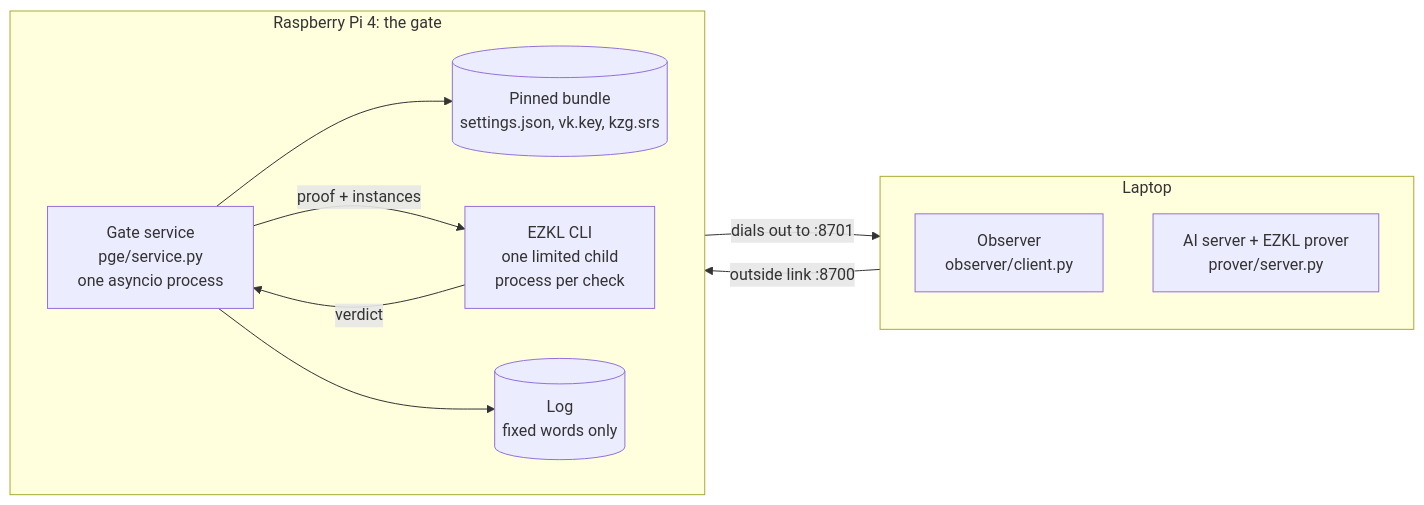
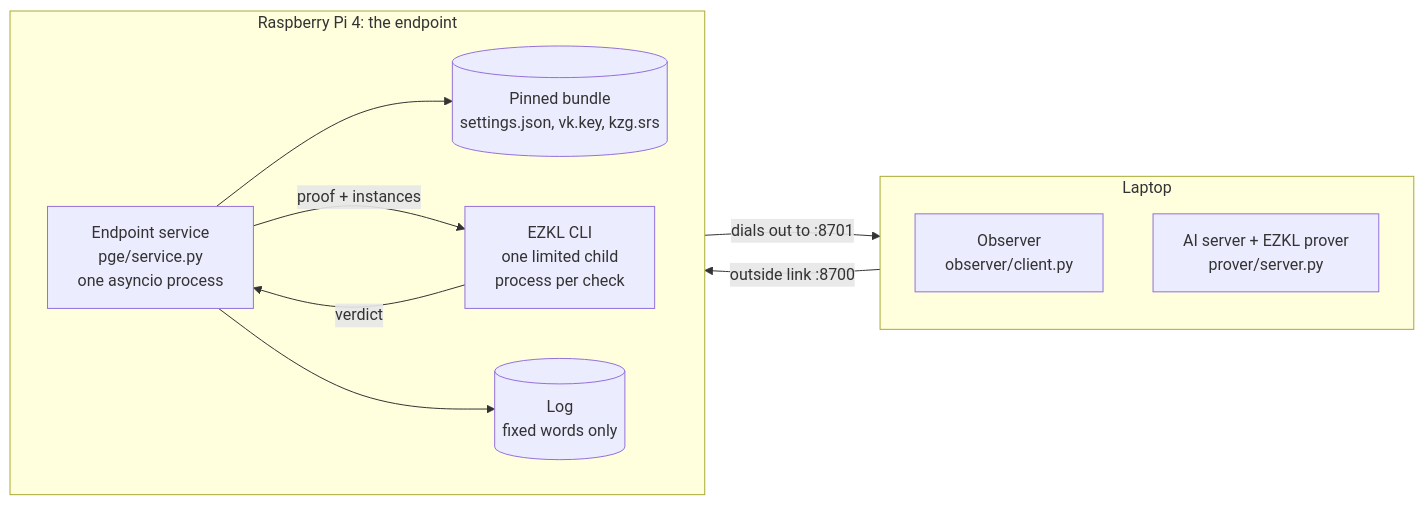
One commit to 0x471/fasr-proof-gated-egress changed the diagram in book/diagrams/architecture.mmd. Above: the diagram before and after it, drawn with Mermaid. The commit also changed 82 other files, not shown here.

Commit message:
refactor: rename the gate to the endpoint throughout

```diff
--- a/book/diagrams/architecture.mmd
+++ b/book/diagrams/architecture.mmd
@@ -1,19 +1,19 @@
 flowchart LR
     subgraph LAP["Laptop"]
         direction TB
         O["Observer<br/>observer/client.py"]
         P["AI server + EZKL prover<br/>prover/server.py"]
     end
-    subgraph PI["Raspberry Pi 4: the gate"]
+    subgraph PI["Raspberry Pi 4: the endpoint"]
         direction LR
-        SVC["Gate service<br/>pge/service.py<br/>one asyncio process"]
+        SVC["Endpoint service<br/>pge/service.py<br/>one asyncio process"]
         BUN[("Pinned bundle<br/>settings.json, vk.key, kzg.srs")]
         CHK["EZKL CLI<br/>one limited child<br/>process per check"]
         LOG[("Log<br/>fixed words only")]
         SVC --> BUN
         SVC -->|"proof + instances"| CHK
         CHK -->|"verdict"| SVC
         SVC --> LOG
     end
     O -->|"outside link :8700"| SVC
     SVC -->|"dials out to :8701"| P
```
